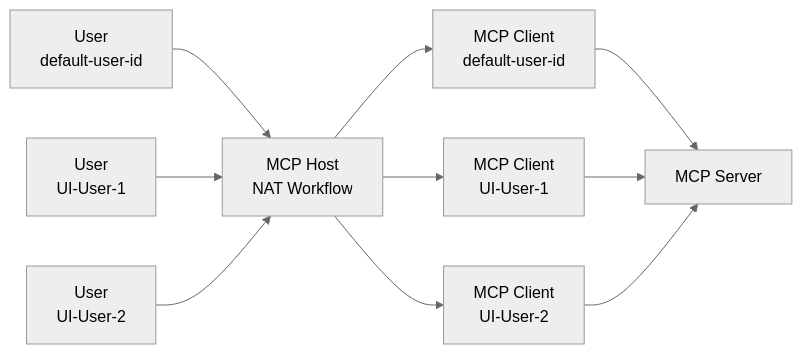
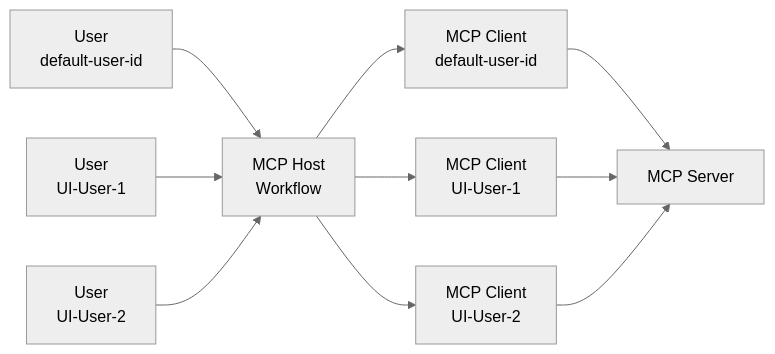
One commit to yifei-gpt/NeMo-Agent-Toolkit changed the second of 2 diagrams in docs/source/components/auth/mcp-auth/index.md. Above: the diagram before and after it, drawn with Mermaid (neutral theme). The commit also changed other lines of this file and 110 other files, not shown here.

````diff
--- a/docs/source/components/auth/mcp-auth/index.md
+++ b/docs/source/components/auth/mcp-auth/index.md
@@ -142,14 +142,14 @@
 ```mermaid
 flowchart LR
-  U0[User<br/>default-user-id] --> H2[MCP Host<br/>NAT Workflow]
+  U0[User<br/>default-user-id] --> H2[MCP Host<br/>Workflow]
   U1[User<br/>UI-User-1] --> H2
   U2[User<br/>UI-User-2] --> H2
 
   H2 --> C0[MCP Client<br/>default-user-id]
   H2 --> C1[MCP Client<br/>UI-User-1]
   H2 --> C2[MCP Client<br/>UI-User-2]
 
   C0 --> S2[MCP Server]
   C1 --> S2
   C2 --> S2
 ```
````
